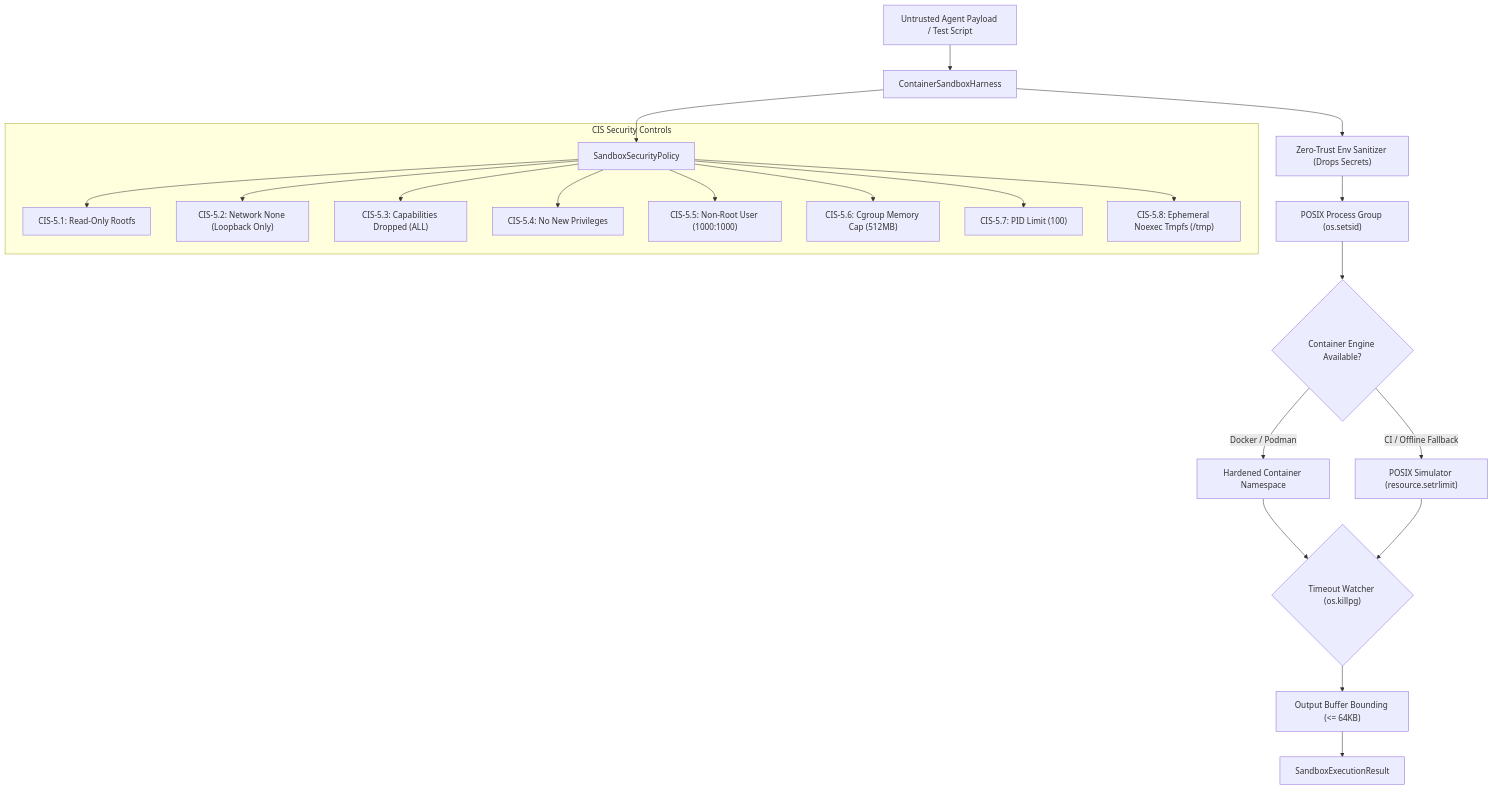
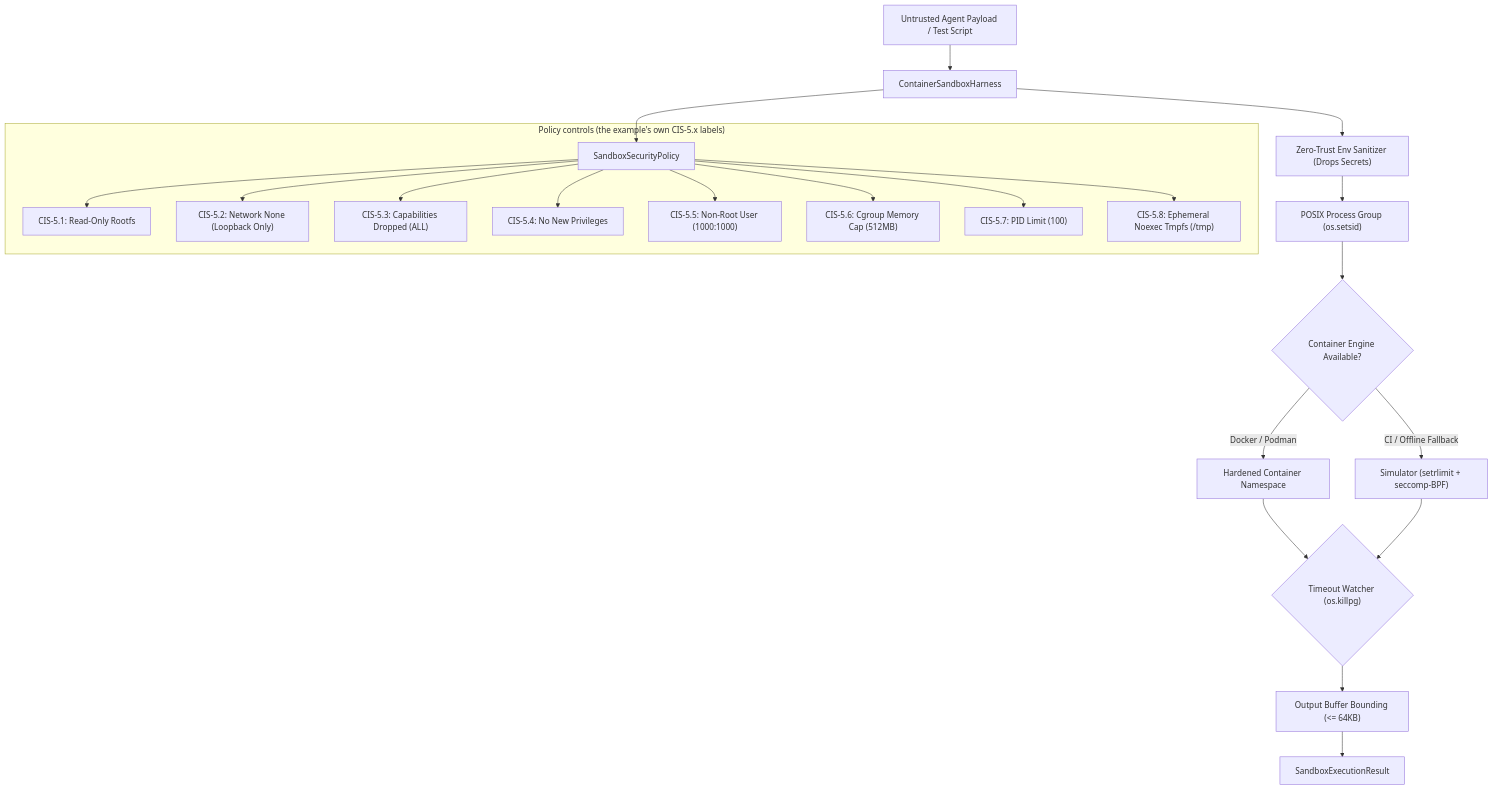
One commit to dan-petty/vibes changed the diagram in observations/systems/05-rootless-container-sandboxing-and-process-group-containment.md. Above: the diagram before and after it, drawn with Mermaid. The commit also changed other lines of this file and 248 other files, not shown here.

````diff
--- a/observations/systems/05-rootless-container-sandboxing-and-process-group-containment.md
+++ b/observations/systems/05-rootless-container-sandboxing-and-process-group-containment.md
@@ -28,29 +28,29 @@
 ```mermaid
 flowchart TD
     Payload["Untrusted Agent Payload / Test Script"] --> Harness["ContainerSandboxHarness"]
     Harness --> Policy["SandboxSecurityPolicy"]
 
-    subgraph CIS["CIS Security Controls"]
+    subgraph CIS["Policy controls (the example's own CIS-5.x labels)"]
         Policy --> C1["CIS-5.1: Read-Only Rootfs"]
         Policy --> C2["CIS-5.2: Network None (Loopback Only)"]
         Policy --> C3["CIS-5.3: Capabilities Dropped (ALL)"]
         Policy --> C4["CIS-5.4: No New Privileges"]
         Policy --> C5["CIS-5.5: Non-Root User (1000:1000)"]
         Policy --> C6["CIS-5.6: Cgroup Memory Cap (512MB)"]
         Policy --> C7["CIS-5.7: PID Limit (100)"]
         Policy --> C8["CIS-5.8: Ephemeral Noexec Tmpfs (/tmp)"]
     end
 
     Harness --> Sanitizer["Zero-Trust Env Sanitizer (Drops Secrets)"]
     Sanitizer --> PG["POSIX Process Group (os.setsid)"]
 
     PG --> Runtime{"Container Engine Available?"}
     Runtime -->|"Docker / Podman"| Container["Hardened Container Namespace"]
-    Runtime -->|"CI / Offline Fallback"| Simulator["POSIX Simulator (resource.setrlimit)"]
+    Runtime -->|"CI / Offline Fallback"| Simulator["Simulator (setrlimit + seccomp-BPF)"]
 
     Container --> Timeout{"Timeout Watcher (os.killpg)"}
     Simulator --> Timeout
 
     Timeout --> Bound["Output Buffer Bounding (<= 64KB)"]
     Bound --> Result["SandboxExecutionResult"]
 ```
````
